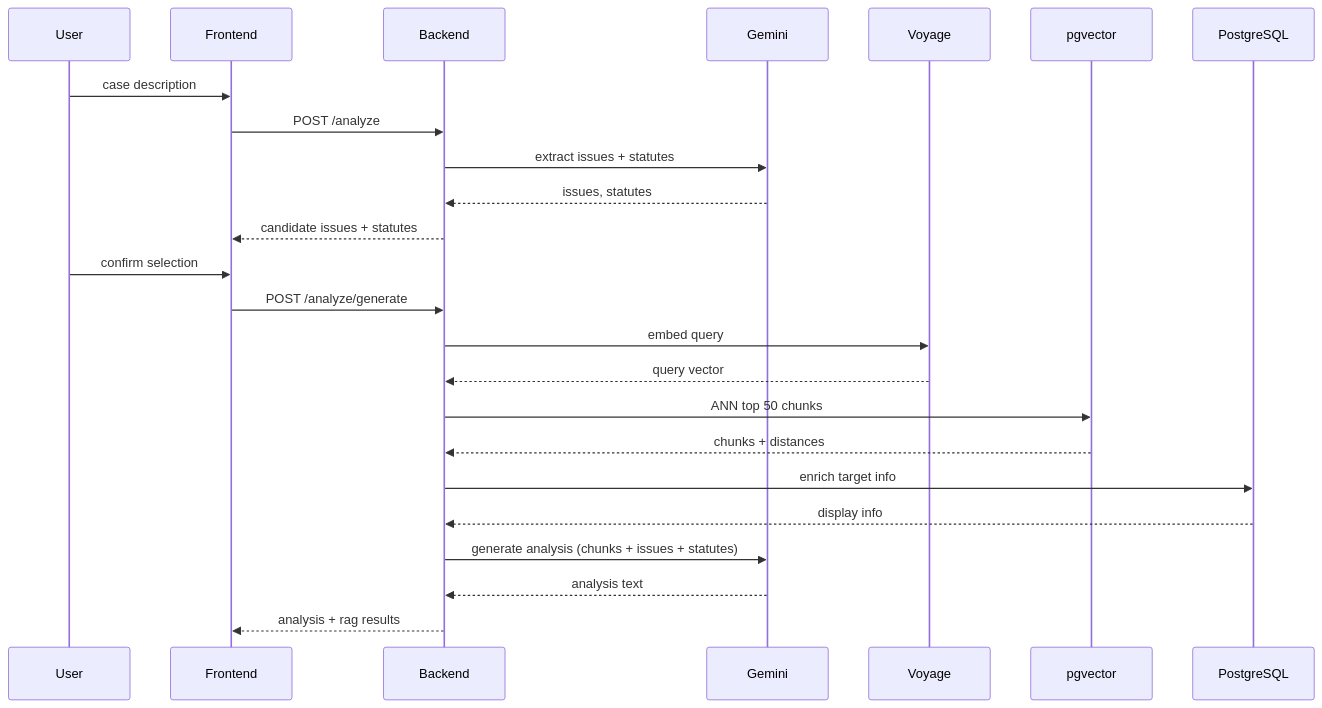
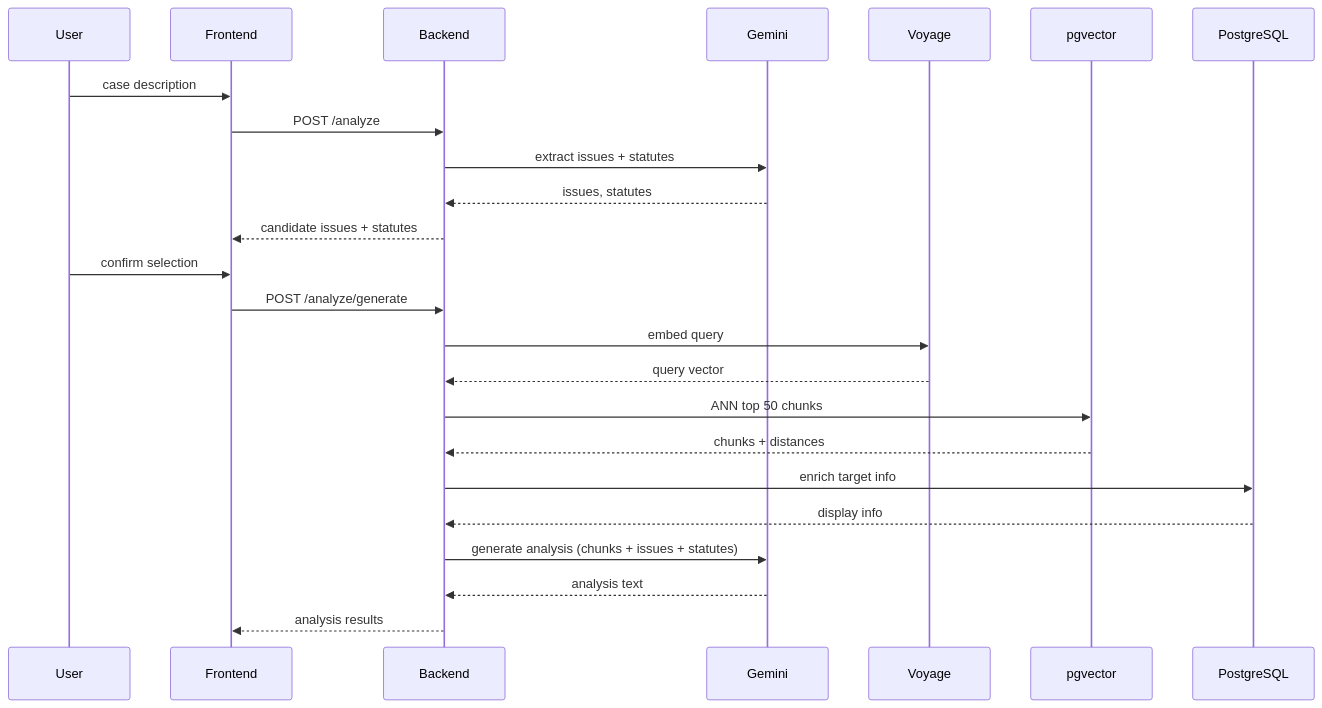
One commit to rachelL-tech/Lawcidity changed the second of 2 diagrams in README.md. Above: the diagram before and after it, drawn with Mermaid.

Commit message:
adjusted the positions of mermaid

````diff
--- a/README.md
+++ b/README.md
@@ -260,27 +91,27 @@
 ```mermaid
 sequenceDiagram
     participant User
     participant Frontend
     participant Backend
     participant Gemini
     participant Voyage
     participant pgvector
     participant PostgreSQL
 
     User->>Frontend: case description
     Frontend->>Backend: POST /analyze
     Backend->>Gemini: extract issues + statutes
     Gemini-->>Backend: issues, statutes
     Backend-->>Frontend: candidate issues + statutes
     User->>Frontend: confirm selection
     Frontend->>Backend: POST /analyze/generate
     Backend->>Voyage: embed query
     Voyage-->>Backend: query vector
     Backend->>pgvector: ANN top 50 chunks
     pgvector-->>Backend: chunks + distances
     Backend->>PostgreSQL: enrich target info
     PostgreSQL-->>Backend: display info
     Backend->>Gemini: generate analysis (chunks + issues + statutes)
     Gemini-->>Backend: analysis text
-    Backend-->>Frontend: analysis + rag results
+    Backend-->>Frontend: analysis results
 ```
````
